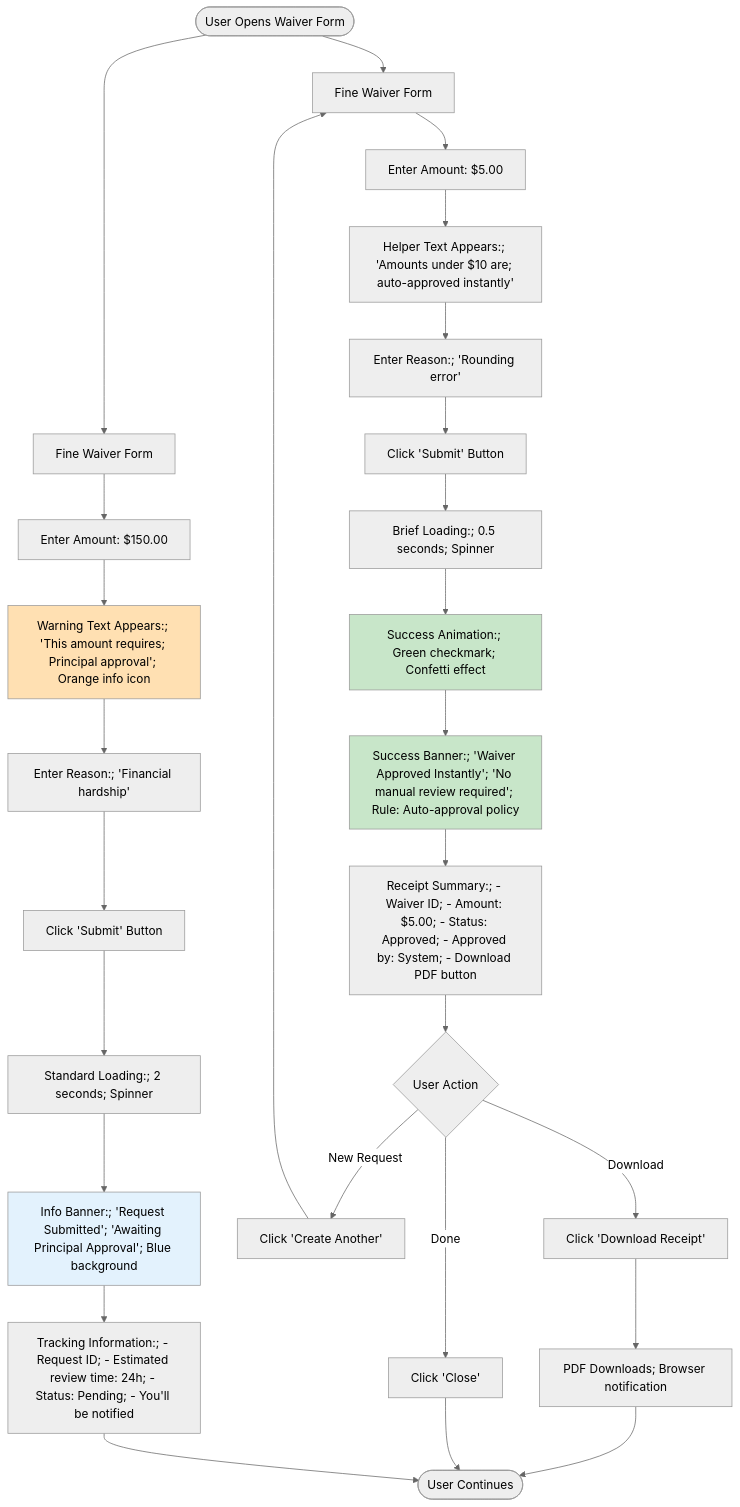
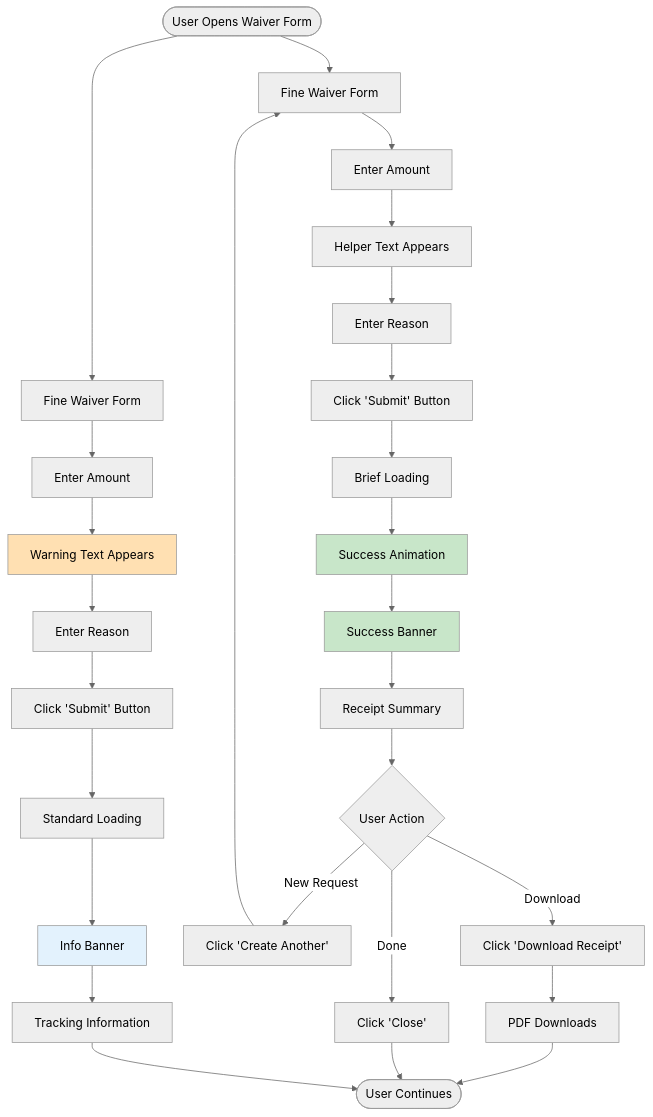
The fourth of 7 diagrams in docs/modules/11-verification-workflow/USER_FLOWS.md (Armaan42/fee_management), drawn with Mermaid (neutral theme) before and after one commit. The commit also changed other lines of this file and 1 other file, not shown here.

First line of the commit message:
Fix Mermaid syntax - simplify all node labels

````diff
--- a/docs/modules/11-verification-workflow/USER_FLOWS.md
+++ b/docs/modules/11-verification-workflow/USER_FLOWS.md
@@ -261,50 +261,50 @@
 ```mermaid
 flowchart TD
     Start([User Opens Waiver Form]) --> FormScreen[Fine Waiver Form]
     
-    FormScreen --> EnterAmount[Enter Amount: $5.00]
-    EnterAmount --> ShowHint[Helper Text Appears:; 'Amounts under $10 are; auto-approved instantly']
+    FormScreen --> EnterAmount[Enter Amount]
+    EnterAmount --> ShowHint[Helper Text Appears]
     
-    ShowHint --> EnterReason[Enter Reason:; 'Rounding error']
+    ShowHint --> EnterReason[Enter Reason]
     EnterReason --> ClickSubmit[Click 'Submit' Button]
     
-    ClickSubmit --> QuickProcess[Brief Loading:; 0.5 seconds; Spinner]
+    ClickSubmit --> QuickProcess[Brief Loading]
     
-    QuickProcess --> InstantSuccess[Success Animation:; Green checkmark; Confetti effect]
+    QuickProcess --> InstantSuccess[Success Animation]
     
-    InstantSuccess --> SuccessBanner[Success Banner:; 'Waiver Approved Instantly'; 'No manual review required'; Rule: Auto-approval policy]
+    InstantSuccess --> SuccessBanner[Success Banner]
     
-    SuccessBanner --> ShowReceipt[Receipt Summary:; - Waiver ID; - Amount: $5.00; - Status: Approved; - Approved by: System; - Download PDF button]
+    SuccessBanner --> ShowReceipt[Receipt Summary]
     
     ShowReceipt --> UserChoice{User Action}
     
     UserChoice -->|Download| ClickDownload[Click 'Download Receipt']
-    ClickDownload --> PDFDownload[PDF Downloads; Browser notification]
+    ClickDownload --> PDFDownload[PDF Downloads]
     PDFDownload --> End([User Continues])
     
     UserChoice -->|New Request| ClickNew[Click 'Create Another']
     ClickNew --> FormScreen
     
     UserChoice -->|Done| ClickClose[Click 'Close']
     ClickClose --> End
     
     Start --> FormScreen2[Fine Waiver Form]
-    FormScreen2 --> EnterLarge[Enter Amount: $150.00]
-    EnterLarge --> ShowWarning[Warning Text Appears:; 'This amount requires; Principal approval'; Orange info icon]
+    FormScreen2 --> EnterLarge[Enter Amount]
+    EnterLarge --> ShowWarning[Warning Text Appears]
     
-    ShowWarning --> EnterReason2[Enter Reason:; 'Financial hardship']
+    ShowWarning --> EnterReason2[Enter Reason]
     EnterReason2 --> ClickSubmit2[Click 'Submit' Button]
     
-    ClickSubmit2 --> NormalProcess[Standard Loading:; 2 seconds; Spinner]
+    ClickSubmit2 --> NormalProcess[Standard Loading]
     
-    NormalProcess --> PendingBanner[Info Banner:; 'Request Submitted'; 'Awaiting Principal Approval'; Blue background]
+    NormalProcess --> PendingBanner[Info Banner]
     
-    PendingBanner --> ShowTracking[Tracking Information:; - Request ID; - Estimated review time: 24h; - Status: Pending; - You'll be notified]
+    PendingBanner --> ShowTracking[Tracking Information]
     
     ShowTracking --> End
     
     style InstantSuccess fill:#c8e6c9
     style SuccessBanner fill:#c8e6c9
     style ShowWarning fill:#ffe0b2
     style PendingBanner fill:#e3f2fd
 ```
````
